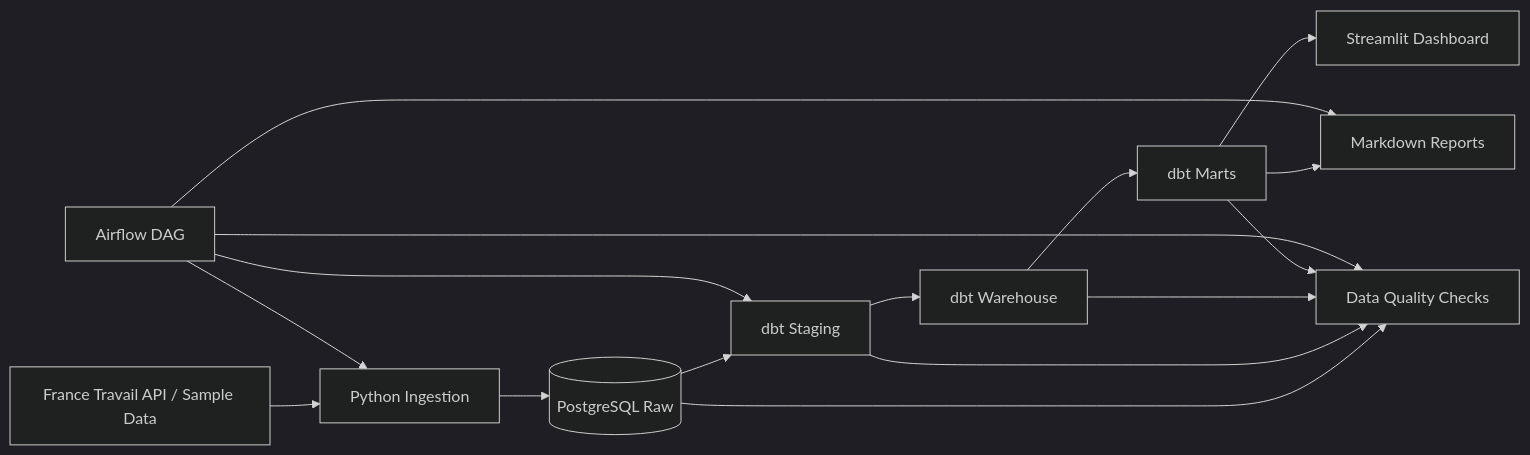
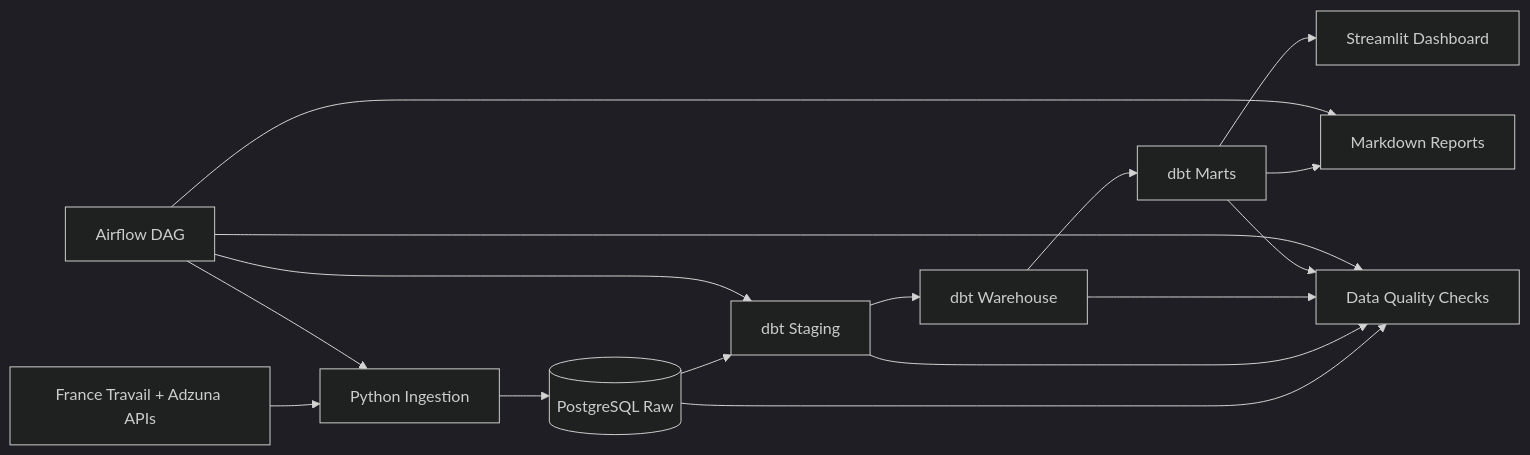
The diagram in README.md (VladimirVAR/job-market-radar), drawn with Mermaid (dark theme) before and after one commit. The commit also changed other lines of this file and 33 other files, not shown here.

````diff
--- a/README.md
+++ b/README.md
@@ -113,18 +110,18 @@
 ```mermaid
 flowchart LR
-    A[France Travail API / Sample Data] --> B[Python Ingestion]
+    A[France Travail + Adzuna APIs] --> B[Python Ingestion]
     B --> C[(PostgreSQL Raw)]
     C --> D[dbt Staging]
     D --> E[dbt Warehouse]
     E --> F[dbt Marts]
     F --> G[Streamlit Dashboard]
     F --> H[Markdown Reports]
     C --> I[Data Quality Checks]
     D --> I
     E --> I
     F --> I
     J[Airflow DAG] --> B
     J --> D
     J --> I
     J --> H
 ```
````
